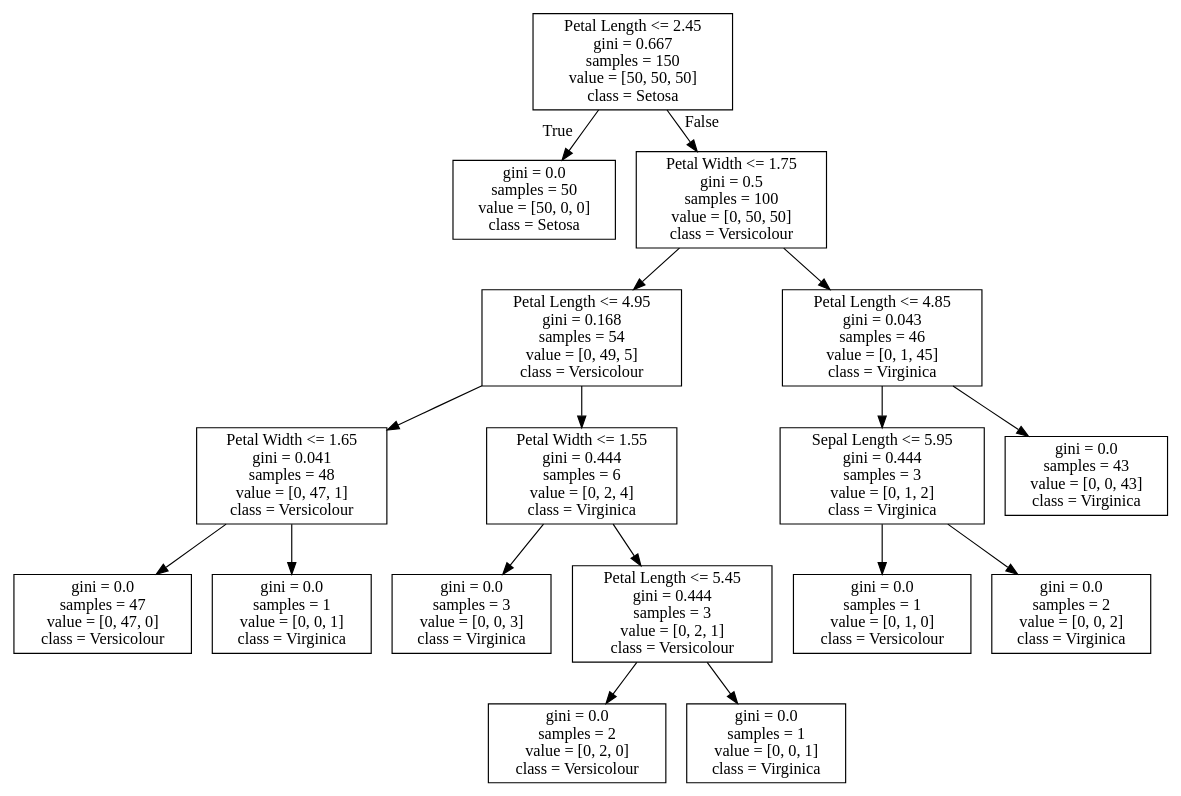
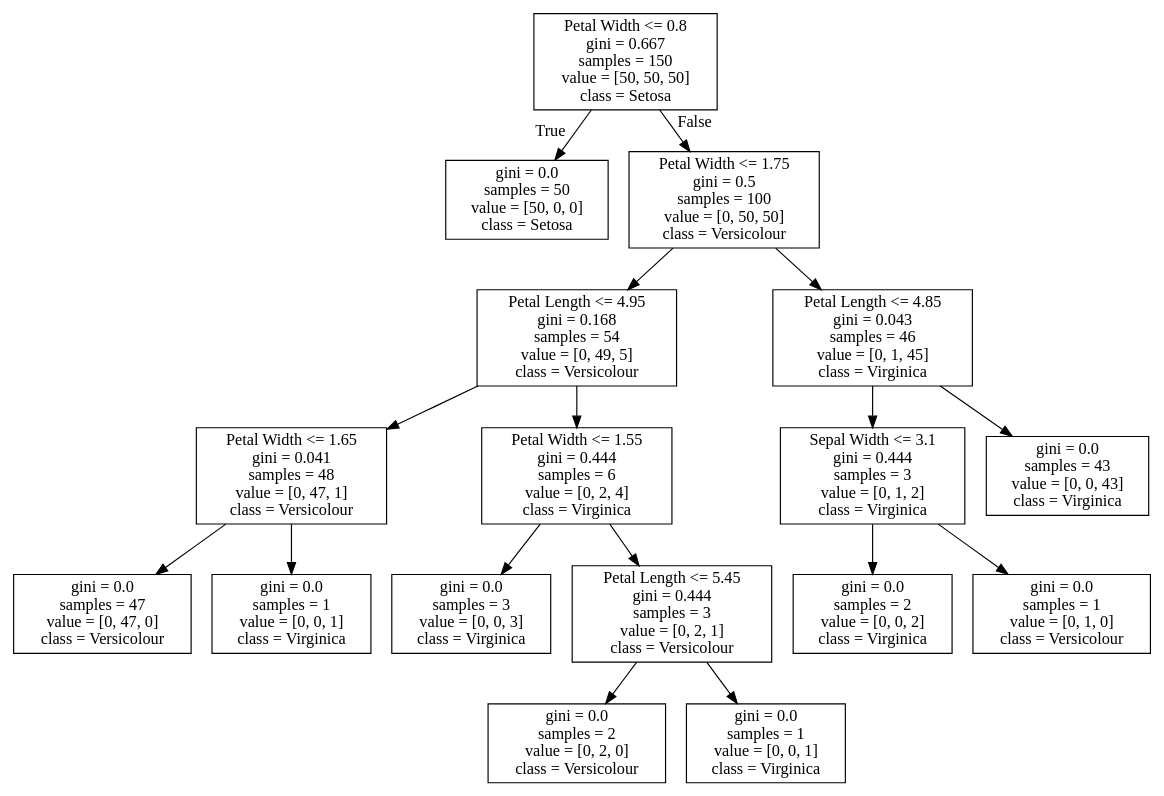
Before and after one commit to josiahcoad/MachineLearningTutoring: the diagram in iris_tree.dot, drawn with Graphviz. The commit also changed 5 other files, not shown here.

```diff
--- a/iris_tree.dot
+++ b/iris_tree.dot
@@ -1,36 +1,36 @@
 digraph Tree {
 node [shape=box] ;
-0 [label="Petal Length <= 2.45\ngini = 0.667\nsamples = 150\nvalue = [50, 50, 50]\nclass = Setosa"] ;
+0 [label="Petal Width <= 0.8\ngini = 0.667\nsamples = 150\nvalue = [50, 50, 50]\nclass = Setosa"] ;
 1 [label="gini = 0.0\nsamples = 50\nvalue = [50, 0, 0]\nclass = Setosa"] ;
 0 -> 1 [labeldistance=2.5, labelangle=45, headlabel="True"] ;
 2 [label="Petal Width <= 1.75\ngini = 0.5\nsamples = 100\nvalue = [0, 50, 50]\nclass = Versicolour"] ;
 0 -> 2 [labeldistance=2.5, labelangle=-45, headlabel="False"] ;
 3 [label="Petal Length <= 4.95\ngini = 0.168\nsamples = 54\nvalue = [0, 49, 5]\nclass = Versicolour"] ;
 2 -> 3 ;
 4 [label="Petal Width <= 1.65\ngini = 0.041\nsamples = 48\nvalue = [0, 47, 1]\nclass = Versicolour"] ;
 3 -> 4 ;
 5 [label="gini = 0.0\nsamples = 47\nvalue = [0, 47, 0]\nclass = Versicolour"] ;
 4 -> 5 ;
 6 [label="gini = 0.0\nsamples = 1\nvalue = [0, 0, 1]\nclass = Virginica"] ;
 4 -> 6 ;
 7 [label="Petal Width <= 1.55\ngini = 0.444\nsamples = 6\nvalue = [0, 2, 4]\nclass = Virginica"] ;
 3 -> 7 ;
 8 [label="gini = 0.0\nsamples = 3\nvalue = [0, 0, 3]\nclass = Virginica"] ;
 7 -> 8 ;
 9 [label="Petal Length <= 5.45\ngini = 0.444\nsamples = 3\nvalue = [0, 2, 1]\nclass = Versicolour"] ;
 7 -> 9 ;
 10 [label="gini = 0.0\nsamples = 2\nvalue = [0, 2, 0]\nclass = Versicolour"] ;
 9 -> 10 ;
 11 [label="gini = 0.0\nsamples = 1\nvalue = [0, 0, 1]\nclass = Virginica"] ;
 9 -> 11 ;
 12 [label="Petal Length <= 4.85\ngini = 0.043\nsamples = 46\nvalue = [0, 1, 45]\nclass = Virginica"] ;
 2 -> 12 ;
-13 [label="Sepal Length <= 5.95\ngini = 0.444\nsamples = 3\nvalue = [0, 1, 2]\nclass = Virginica"] ;
+13 [label="Sepal Width <= 3.1\ngini = 0.444\nsamples = 3\nvalue = [0, 1, 2]\nclass = Virginica"] ;
 12 -> 13 ;
-14 [label="gini = 0.0\nsamples = 1\nvalue = [0, 1, 0]\nclass = Versicolour"] ;
+14 [label="gini = 0.0\nsamples = 2\nvalue = [0, 0, 2]\nclass = Virginica"] ;
 13 -> 14 ;
-15 [label="gini = 0.0\nsamples = 2\nvalue = [0, 0, 2]\nclass = Virginica"] ;
+15 [label="gini = 0.0\nsamples = 1\nvalue = [0, 1, 0]\nclass = Versicolour"] ;
 13 -> 15 ;
 16 [label="gini = 0.0\nsamples = 43\nvalue = [0, 0, 43]\nclass = Virginica"] ;
 12 -> 16 ;
 }
```
